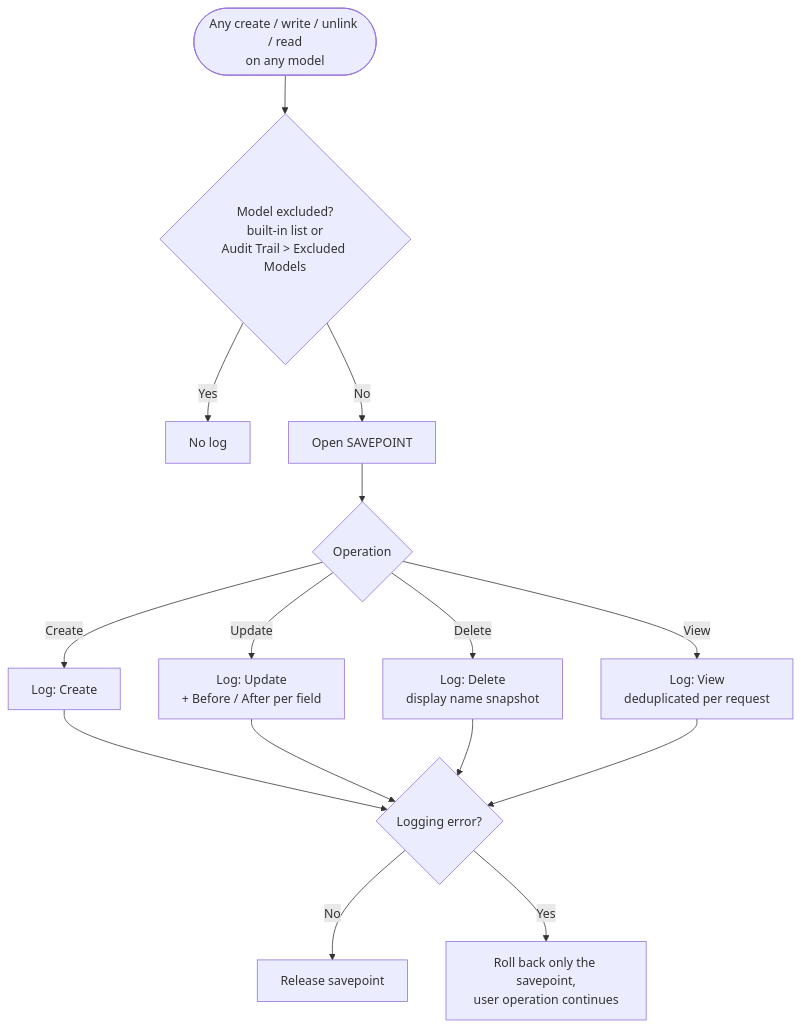
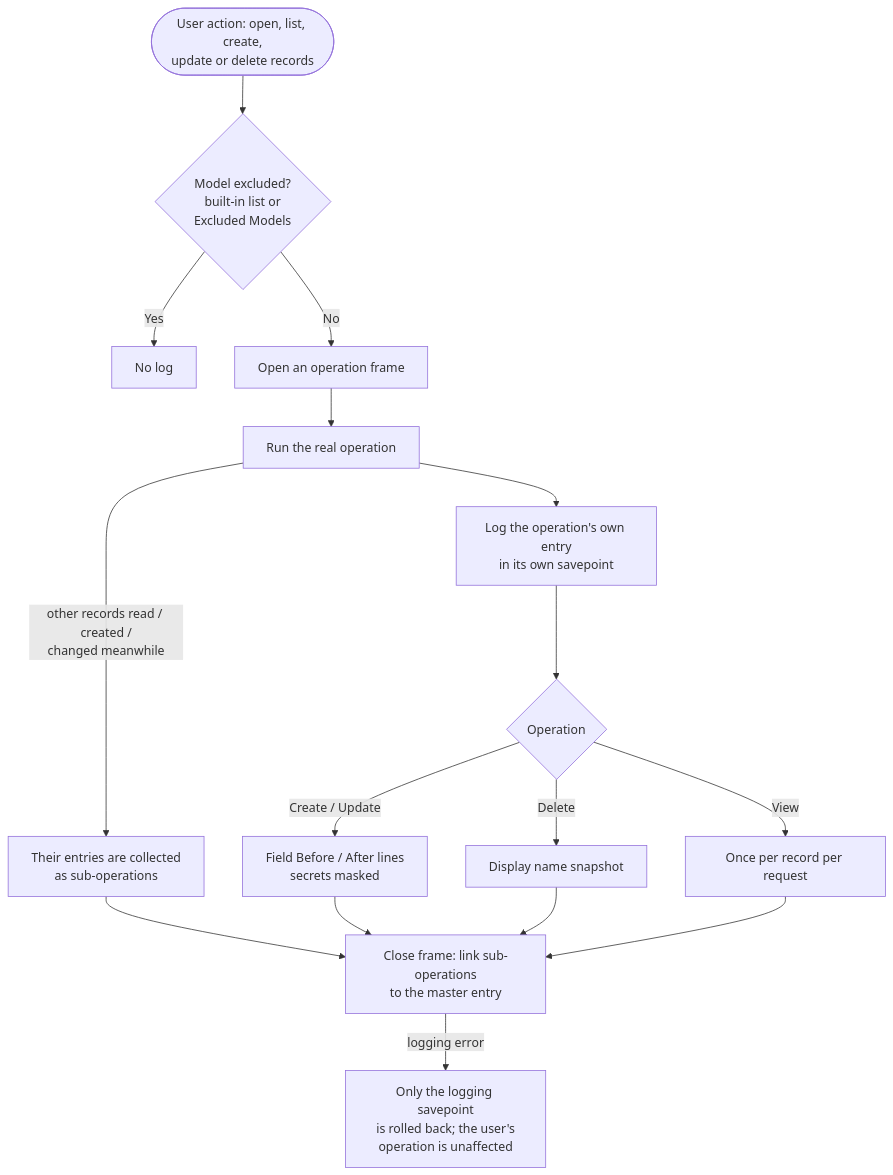
The first of 2 diagrams in custom-addons/bn_audit_trail/README.md (Saylani-Welfare-Trust/swit-odoo), drawn with Mermaid before and after one commit. The commit also changed other lines of this file and 7 other files, not shown here.

Commit message:
[22 Oct 26] [Updating audit trail]

````diff
--- a/custom-addons/bn_audit_trail/README.md
+++ b/custom-addons/bn_audit_trail/README.md
@@ -66,14 +44,16 @@
 ```mermaid
 flowchart TD
-    A([Any create / write / unlink / read<br/>on any model]) --> B{Model excluded?<br/>built-in list or<br/>Audit Trail > Excluded Models}
+    A([User action: open, list, create,<br/>update or delete records]) --> B{Model excluded?<br/>built-in list or<br/>Excluded Models}
     B -->|Yes| Z[No log]
-    B -->|No| C[Open SAVEPOINT]
-    C --> D{Operation}
-    D -->|Create| L1[Log: Create]
-    D -->|Update| L2[Log: Update<br/>+ Before / After per field]
-    D -->|Delete| L3[Log: Delete<br/>display name snapshot]
-    D -->|View| L4[Log: View<br/>deduplicated per request]
-    L1 & L2 & L3 & L4 --> E{Logging error?}
-    E -->|No| OK[Release savepoint]
-    E -->|Yes| RB[Roll back only the savepoint,<br/>user operation continues]
+    B -->|No| F[Open an operation frame]
+    F --> O[Run the real operation]
+    O -->|other records read / created /<br/>changed meanwhile| N[Their entries are collected<br/>as sub-operations]
+    O --> L[Log the operation's own entry<br/>in its own savepoint]
+    L --> M{Operation}
+    M -->|Create / Update| L1[Field Before / After lines<br/>secrets masked]
+    M -->|Delete| L2[Display name snapshot]
+    M -->|View| L3[Once per record per request]
+    N --> K[Close frame: link sub-operations<br/>to the master entry]
+    L1 & L2 & L3 --> K
+    K -->|logging error| RB[Only the logging savepoint<br/>is rolled back; the user's<br/>operation is unaffected]
 ```
````
